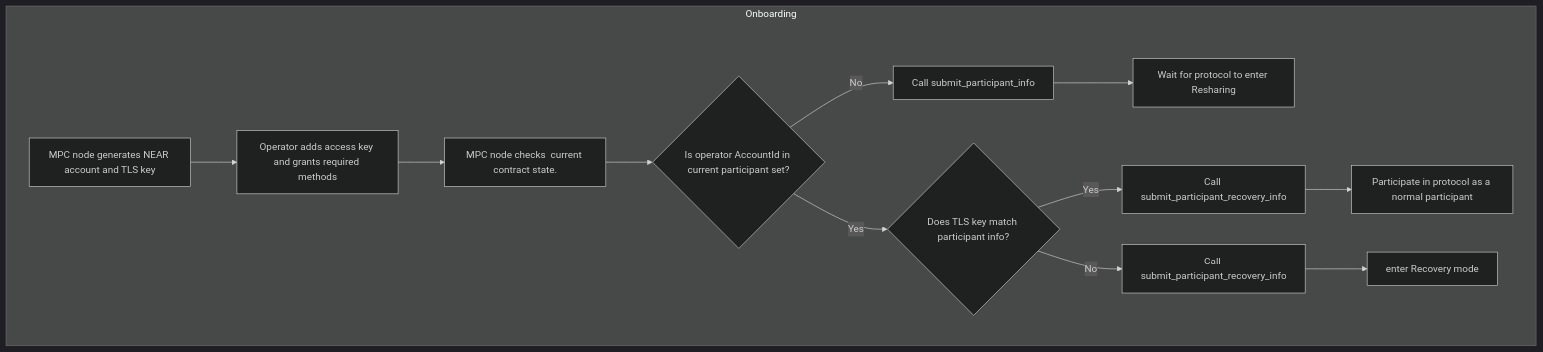
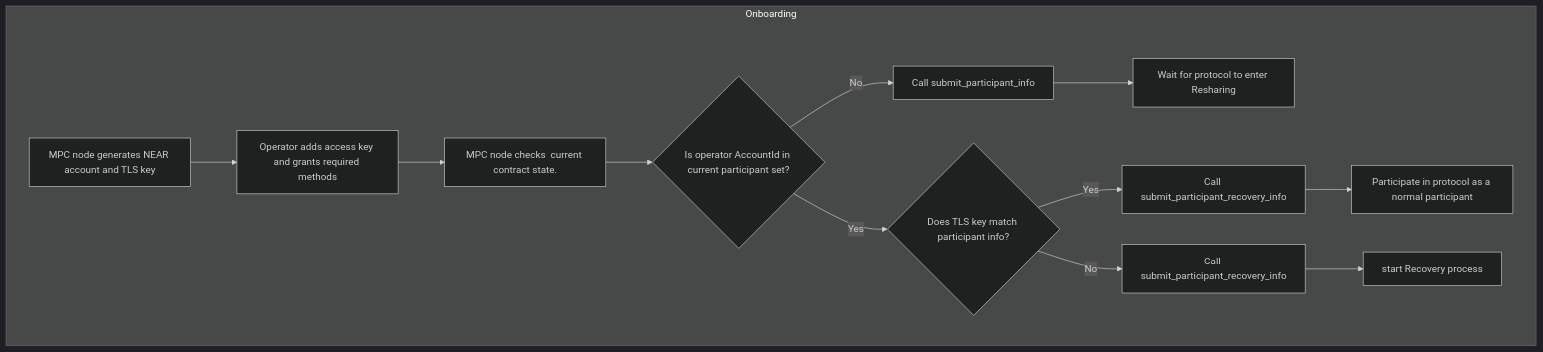
Before and after one commit to near/mpc: the second of 3 diagrams in TEE.md, drawn with Mermaid (dark theme). The commit also changed other lines of this file and 11 other files, not shown here.

````diff
--- a/TEE.md
+++ b/TEE.md
@@ -136,23 +133,23 @@
 ```mermaid
 flowchart TB
     subgraph Onboarding
         B[MPC node generates NEAR account and TLS key]
         C[Operator adds access key and grants required methods]
 
         D[MPC node checks  current contract state.]
         E{Is operator AccountId in current participant set?}
         EN[Call submit_participant_info]
         ENA[Wait for protocol to enter Resharing]
         EY{Does TLS key match participant info?}
         EYY[Call submit_participant_recovery_info]
         EYYA[Participate in protocol as a normal participant]
         EYN[Call submit_participant_recovery_info]
-        EYNA[enter Recovery mode]
+        EYNA[start Recovery process]
 
         B --> C --> D --> E
         E -- "No" --> EN --> ENA
         E -- "Yes" --> EY
         EY -- "Yes" --> EYY --> EYYA
         EY -- "No" --> EYN --> EYNA
     end
 ```
````
